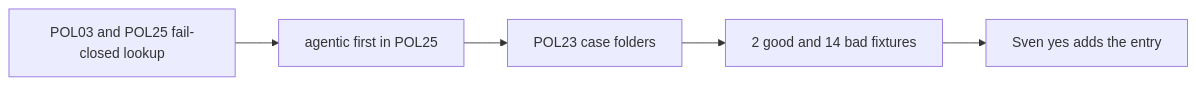
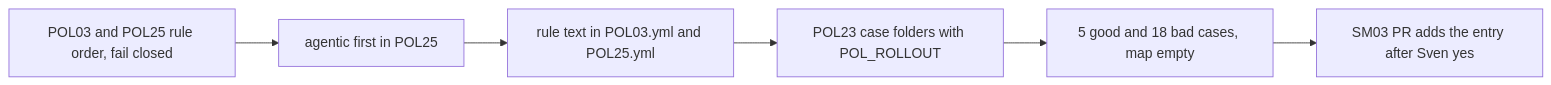
Before and after one commit to svennijhuis/agentic-workflows: the second of 2 diagrams in docs/pbi/smoke/SM05.md, drawn with Mermaid. The commit also changed other lines of this file and 6 other files, not shown here.

````diff
--- a/docs/pbi/smoke/SM05.md
+++ b/docs/pbi/smoke/SM05.md
@@ -90,7 +120,8 @@
 ```mermaid
 flowchart LR
-  S1[POL03 and POL25 fail-closed lookup] --> S2[agentic first in POL25]
-  S2 --> S3[POL23 case folders]
-  S3 --> S4[2 good and 14 bad fixtures]
-  S4 --> S5[Sven yes adds the entry]
+  S1[POL03 and POL25 rule order, fail closed] --> S2[agentic first in POL25]
+  S2 --> S3[rule text in POL03.yml and POL25.yml]
+  S3 --> S4[POL23 case folders with POL_ROLLOUT]
+  S4 --> S5[5 good and 18 bad cases, map empty]
+  S5 --> S6[SM03 PR adds the entry after Sven yes]
 ```
````
